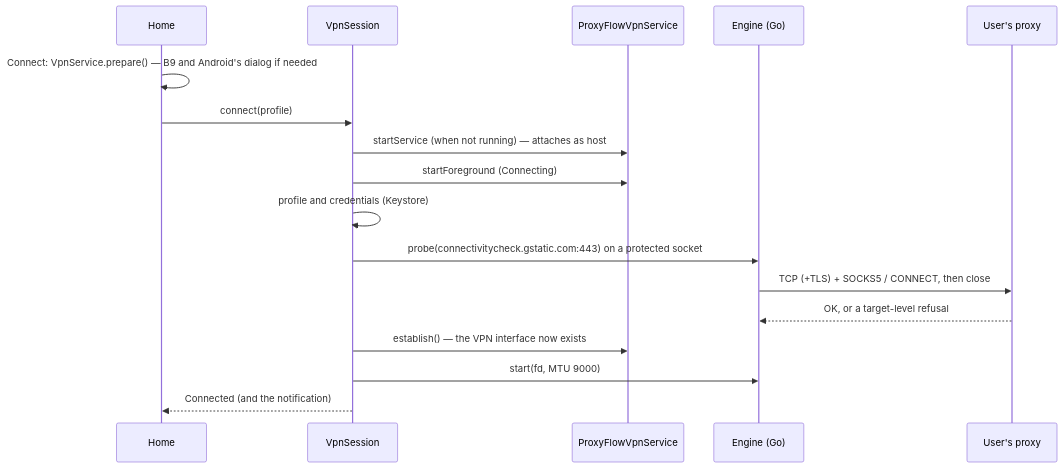
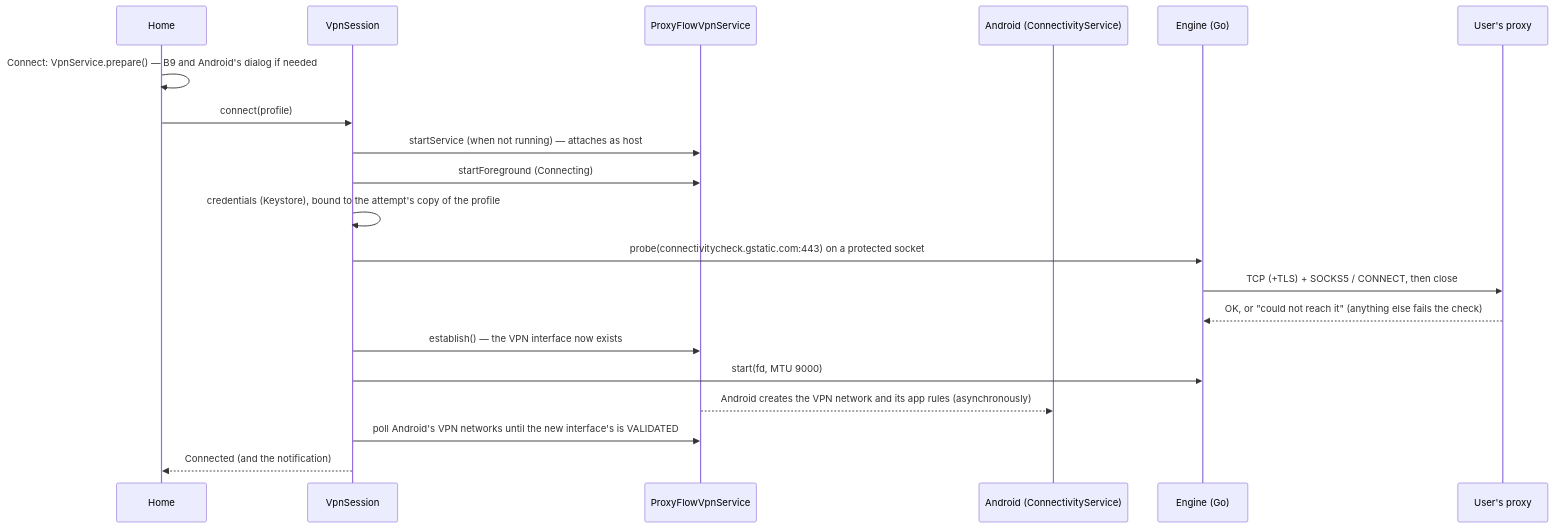
The diagram in docs/m5/vpn-service-integration.md (bibekthapamgr/app), drawn with Mermaid before and after one commit. The commit also changed other lines of this file and 39 other files, not shown here.

First line of the commit message:
M5: Connected only once Android routes apps into the VPN; review fixes

````diff
--- a/docs/m5/vpn-service-integration.md
+++ b/docs/m5/vpn-service-integration.md
@@ -19,19 +22,22 @@
 ```mermaid
 sequenceDiagram
     participant UI as Home
     participant S as VpnSession
     participant VS as ProxyFlowVpnService
+    participant A as Android (ConnectivityService)
     participant E as Engine (Go)
     participant P as User's proxy
     UI->>UI: Connect: VpnService.prepare() — B9 and Android's dialog if needed
     UI->>S: connect(profile)
     S->>VS: startService (when not running) — attaches as host
     S->>VS: startForeground (Connecting)
-    S->>S: profile and credentials (Keystore)
+    S->>S: credentials (Keystore), bound to the attempt's copy of the profile
     S->>E: probe(connectivitycheck.gstatic.com:443) on a protected socket
     E->>P: TCP (+TLS) + SOCKS5 / CONNECT, then close
-    P-->>E: OK, or a target-level refusal
+    P-->>E: OK, or "could not reach it" (anything else fails the check)
     S->>VS: establish() — the VPN interface now exists
     S->>E: start(fd, MTU 9000)
+    VS-->>A: Android creates the VPN network and its app rules (asynchronously)
+    S->>VS: poll Android's VPN networks until the new interface's is VALIDATED
     S-->>UI: Connected (and the notification)
 ```
````
